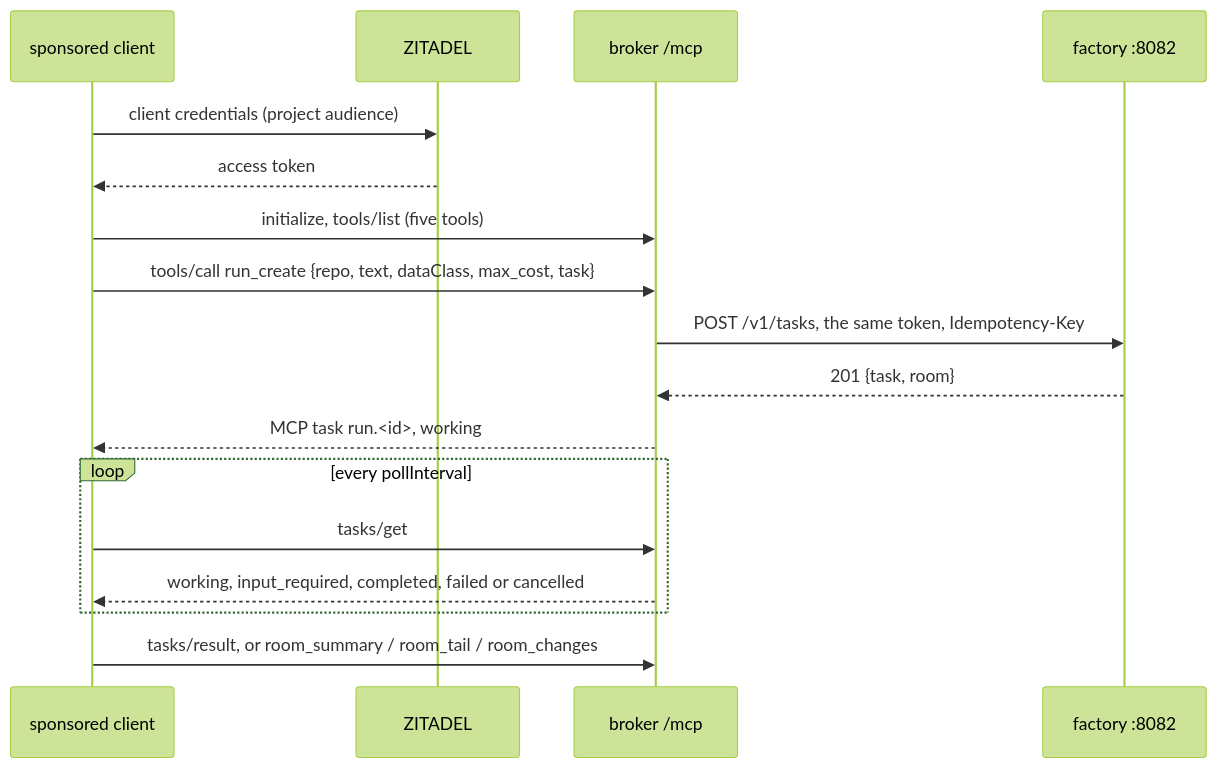
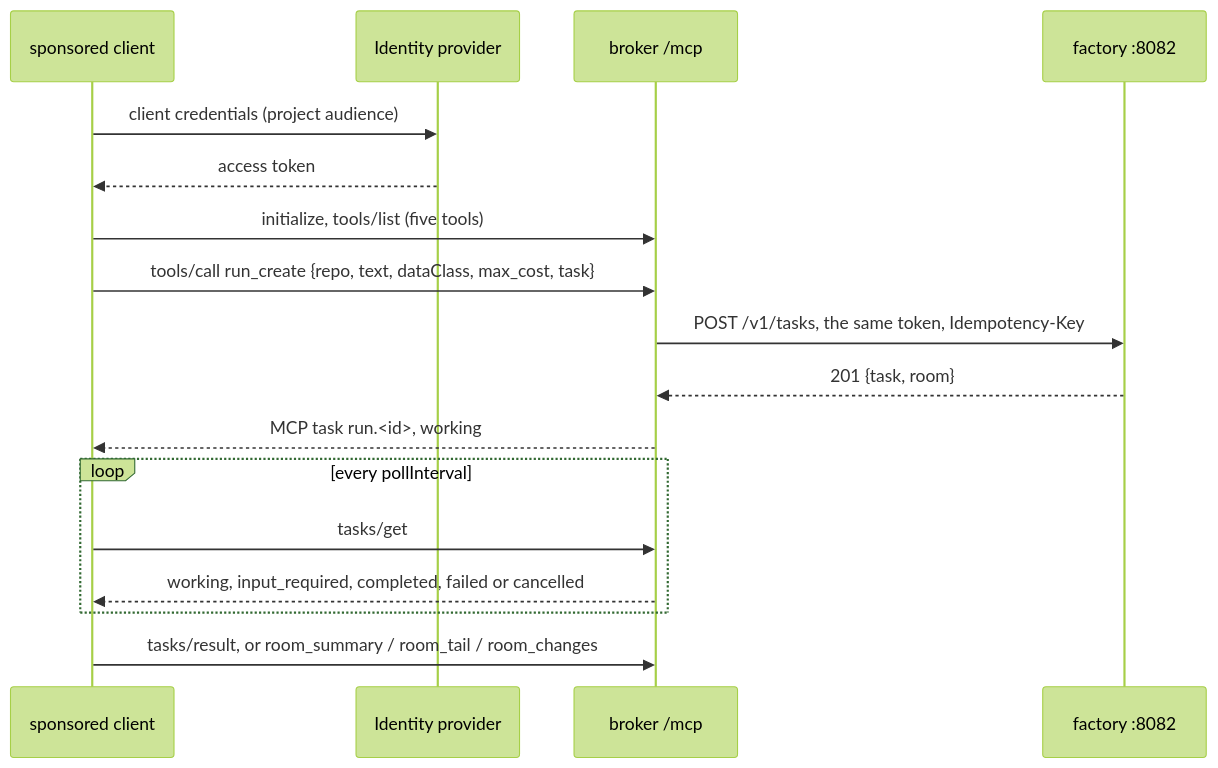
The second of 2 diagrams in docs/integration.md (Smana/maku), drawn with Mermaid (forest theme) before and after one commit. The commit also changed other lines of this file and 20 other files, not shown here.

````diff
--- a/docs/integration.md
+++ b/docs/integration.md
@@ -222,19 +114,19 @@
 ```mermaid
 sequenceDiagram
   participant C as sponsored client
-  participant Z as ZITADEL
+  participant Z as Identity provider
   participant B as broker /mcp
   participant F as factory :8082
   C->>Z: client credentials (project audience)
   Z-->>C: access token
   C->>B: initialize, tools/list (five tools)
   C->>B: tools/call run_create {repo, text, dataClass, max_cost, task}
   B->>F: POST /v1/tasks, the same token, Idempotency-Key
   F-->>B: 201 {task, room}
   B-->>C: MCP task run.<id>, working
   loop every pollInterval
     C->>B: tasks/get
     B-->>C: working, input_required, completed, failed or cancelled
   end
   C->>B: tasks/result, or room_summary / room_tail / room_changes
 ```
````
